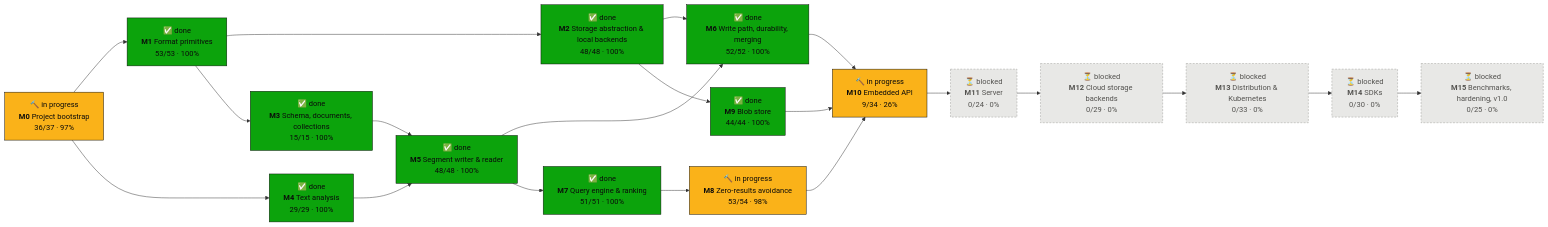
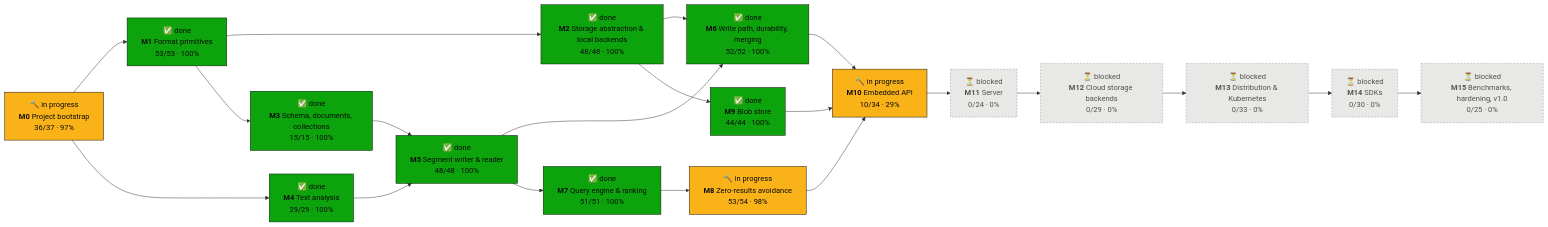
The first of 2 diagrams in PROGRESS.md (tomiok/persiaDB), drawn with Mermaid before and after one commit. The commit also changed other lines of this file and 6 other files, not shown here.

````diff
--- a/PROGRESS.md
+++ b/PROGRESS.md
@@ -16,42 +16,42 @@
 ```mermaid
 flowchart LR
   M0["🔨 in progress<br/><b>M0</b> Project bootstrap<br/>36/37 · 97%"]:::doing
   M1["✅ done<br/><b>M1</b> Format primitives<br/>53/53 · 100%"]:::done
   M2["✅ done<br/><b>M2</b> Storage abstraction & local backends<br/>48/48 · 100%"]:::done
   M3["✅ done<br/><b>M3</b> Schema, documents, collections<br/>15/15 · 100%"]:::done
   M4["✅ done<br/><b>M4</b> Text analysis<br/>29/29 · 100%"]:::done
   M5["✅ done<br/><b>M5</b> Segment writer & reader<br/>48/48 · 100%"]:::done
   M6["✅ done<br/><b>M6</b> Write path, durability, merging<br/>52/52 · 100%"]:::done
   M7["✅ done<br/><b>M7</b> Query engine & ranking<br/>51/51 · 100%"]:::done
   M8["🔨 in progress<br/><b>M8</b> Zero-results avoidance<br/>53/54 · 98%"]:::doing
   M9["✅ done<br/><b>M9</b> Blob store<br/>44/44 · 100%"]:::done
-  M10["🔨 in progress<br/><b>M10</b> Embedded API<br/>9/34 · 26%"]:::doing
+  M10["🔨 in progress<br/><b>M10</b> Embedded API<br/>10/34 · 29%"]:::doing
   M11["⏳ blocked<br/><b>M11</b> Server<br/>0/24 · 0%"]:::blocked
   M12["⏳ blocked<br/><b>M12</b> Cloud storage backends<br/>0/29 · 0%"]:::blocked
   M13["⏳ blocked<br/><b>M13</b> Distribution & Kubernetes<br/>0/33 · 0%"]:::blocked
   M14["⏳ blocked<br/><b>M14</b> SDKs<br/>0/30 · 0%"]:::blocked
   M15["⏳ blocked<br/><b>M15</b> Benchmarks, hardening, v1.0<br/>0/25 · 0%"]:::blocked
   M0 --> M1
   M1 --> M2
   M1 --> M3
   M0 --> M4
   M3 --> M5
   M4 --> M5
   M2 --> M6
   M5 --> M6
   M5 --> M7
   M7 --> M8
   M2 --> M9
   M6 --> M10
   M8 --> M10
   M9 --> M10
   M10 --> M11
   M11 --> M12
   M12 --> M13
   M13 --> M14
   M14 --> M15
   classDef done fill:#0ca30c,stroke:#0b0b0b,color:#0b0b0b
   classDef doing fill:#fab219,stroke:#0b0b0b,color:#0b0b0b
   classDef ready fill:#fcfcfb,stroke:#0b0b0b,stroke-width:2px,color:#0b0b0b
   classDef blocked fill:#e8e8e6,stroke:#9a9a96,stroke-dasharray:4 3,color:#52514e
 ```
````
